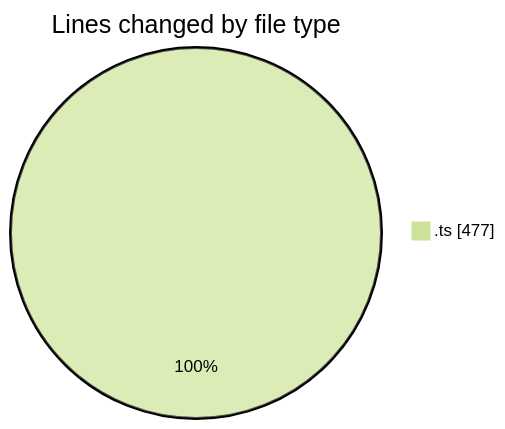
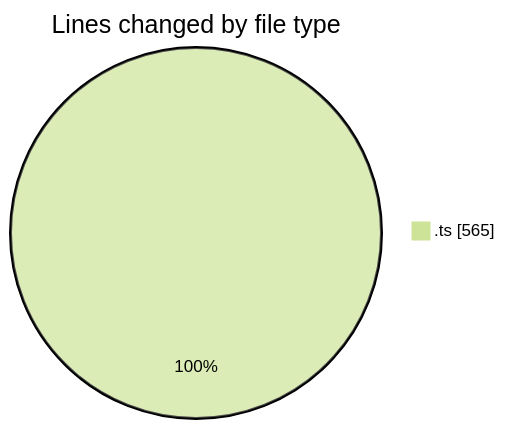
The first of 2 diagrams in 2025-06-26/cda/README.md (momahboobian/code-tracking), drawn with Mermaid (forest theme) before and after one commit. The commit also changed other lines of this file and 1 other file, not shown here.

````diff
--- a/2025-06-26/cda/README.md
+++ b/2025-06-26/cda/README.md
@@ -20,5 +20,5 @@
 ```mermaid
 pie showData
 title Lines changed by file type
-".ts" : 477
+".ts" : 565
 ```
````
